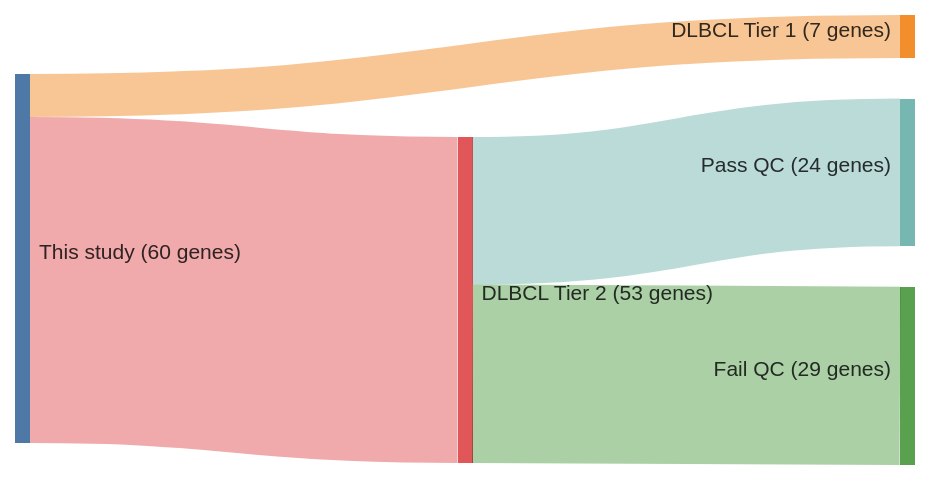
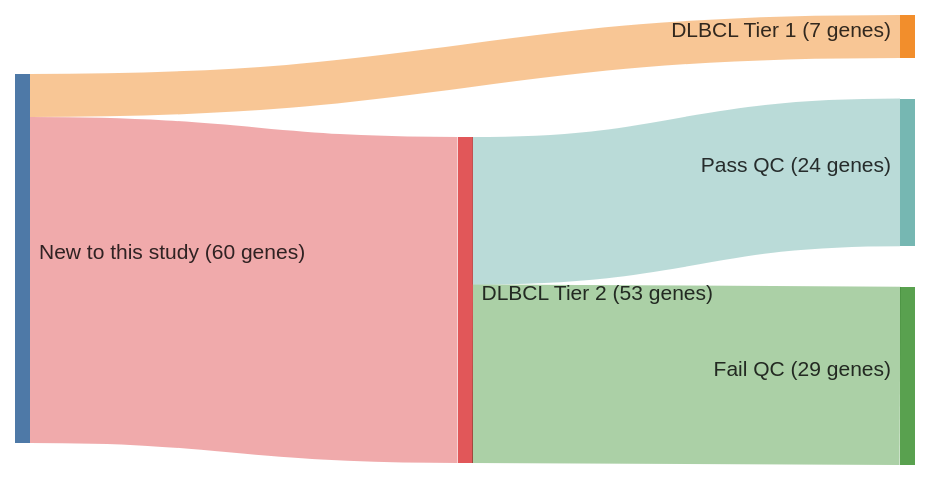
The diagram in papers/reddyGeneticFunctionalDrivers2017.md (morinlab/lymphopedia), drawn with Mermaid before and after one commit. The commit also changed 2 other files, not shown here.

````diff
--- a/papers/reddyGeneticFunctionalDrivers2017.md
+++ b/papers/reddyGeneticFunctionalDrivers2017.md
@@ -12,18 +12,18 @@
 ```mermaid
 ---
 config:
     sankey:
         showValues: true
         linkColor: target
         width: 600
         height: 300
         nodeAlignment: right
         prefix: '('
         suffix: ' genes)'
 ---
 sankey-beta
-This study, DLBCL Tier 1, 7
-This study, DLBCL Tier 2, 53
+New to this study, DLBCL Tier 1, 7
+New to this study, DLBCL Tier 2, 53
 DLBCL Tier 2, Pass QC, 24
 DLBCL Tier 2, Fail QC, 29
 ```
````
